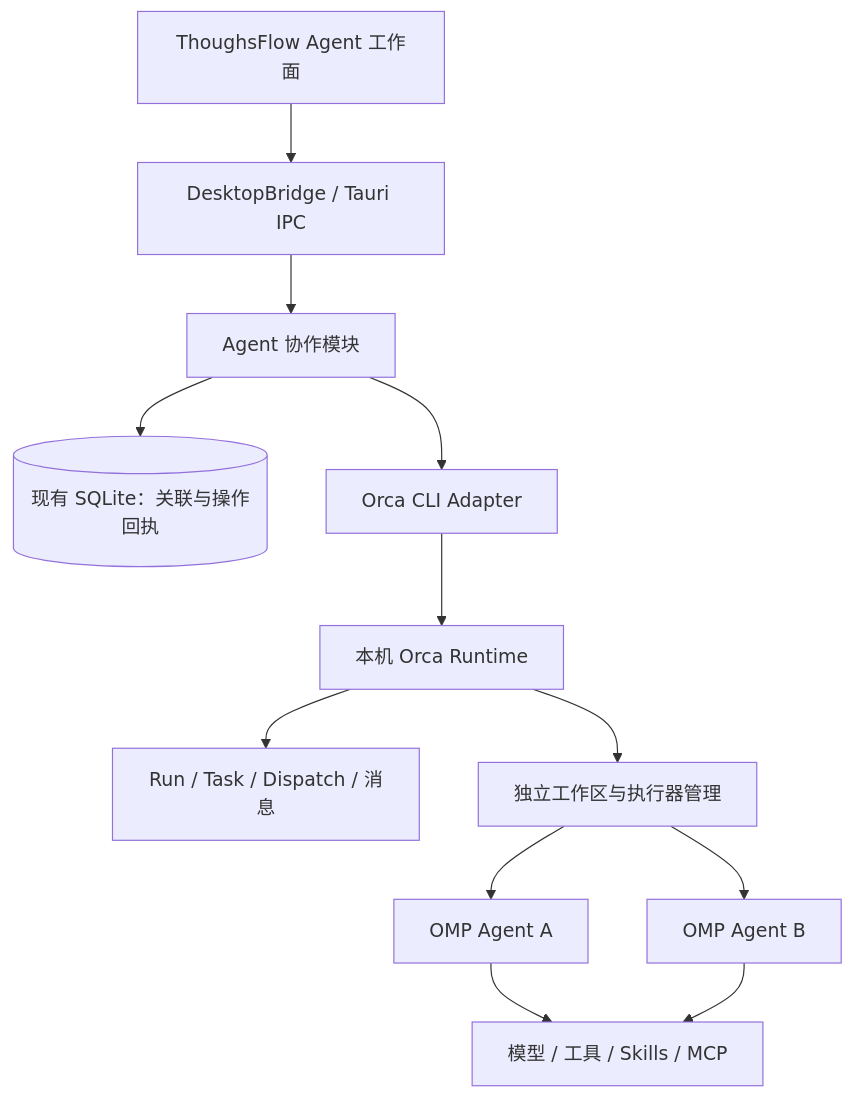
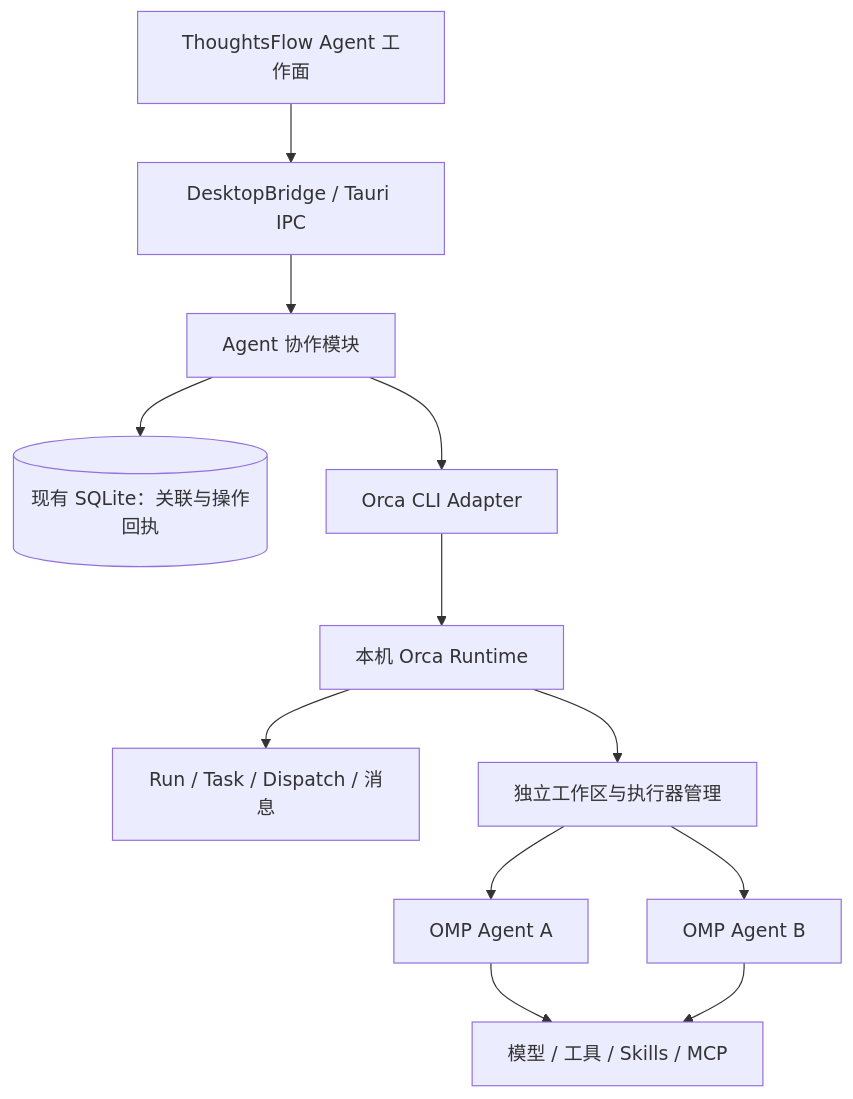
Before and after one commit to CollaalloC/ThoughtsFlow: the diagram in docs/AGENT_ARCHITECTURE.md, drawn with Mermaid. The commit also changed other lines of this file and 454 other files, not shown here.

Commit message:
chore: prepare ThoughtsFlow open-source beta release

````diff
--- a/docs/AGENT_ARCHITECTURE.md
+++ b/docs/AGENT_ARCHITECTURE.md
@@ -13,14 +13,14 @@
 ```mermaid
 flowchart TD
-    UI[ThoughsFlow Agent 工作面] --> IPC[DesktopBridge / Tauri IPC]
+    UI[ThoughtsFlow Agent 工作面] --> IPC[DesktopBridge / Tauri IPC]
     IPC --> Service[Agent 协作模块]
     Service --> Store[(现有 SQLite：关联与操作回执)]
     Service --> Adapter[Orca CLI Adapter]
     Adapter --> Orca[本机 Orca Runtime]
     Orca --> Task[Run / Task / Dispatch / 消息]
     Orca --> Worktree[独立工作区与执行器管理]
     Worktree --> OMP1[OMP Agent A]
     Worktree --> OMP2[OMP Agent B]
     OMP1 --> Tools[模型 / 工具 / Skills / MCP]
     OMP2 --> Tools
 ```
````
